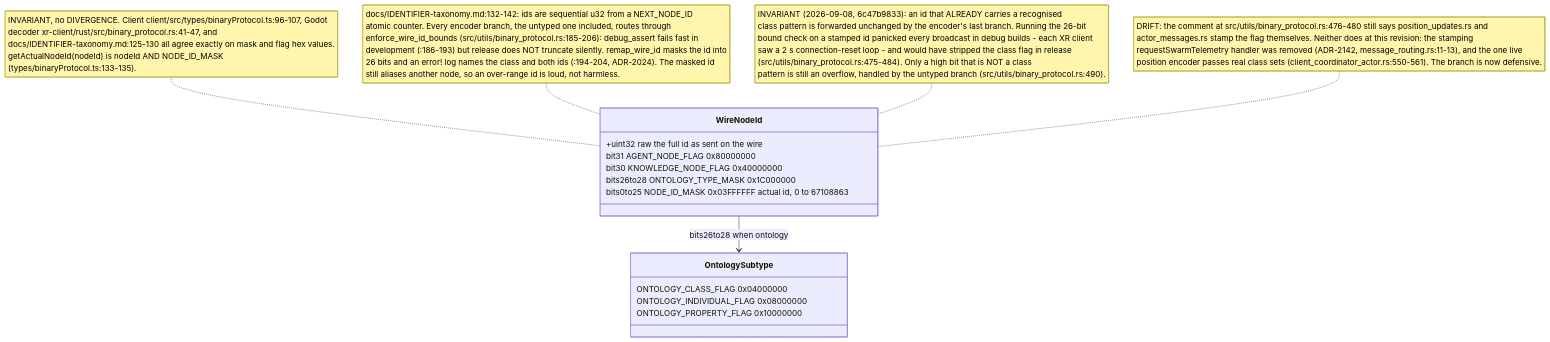
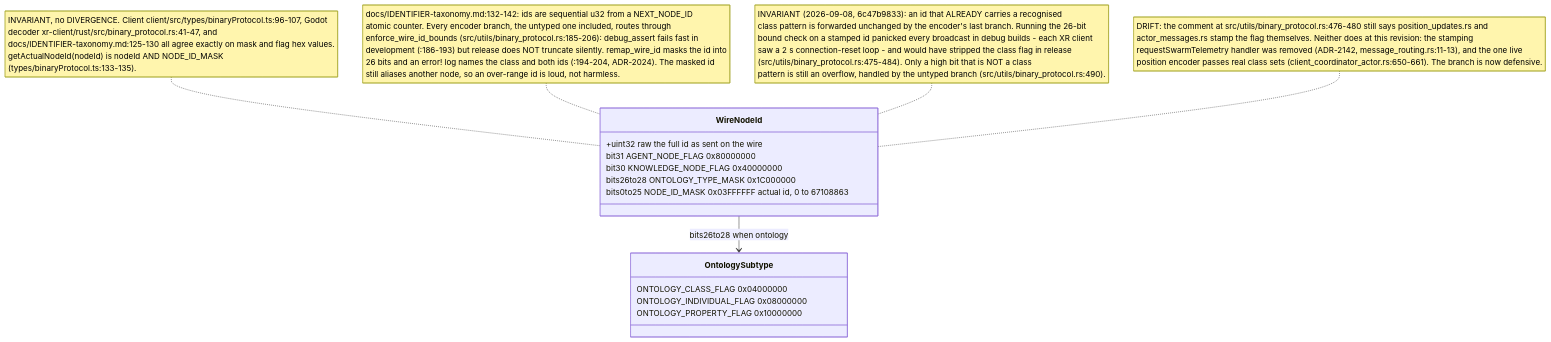
The sixth of 15 diagrams in docs/diagrams/visionclaw/32-client-websocket-and-binary.md (DreamLab-AI/VisionFlow), drawn with Mermaid before and after one commit. The commit also changed other lines of this file and 46 other files, not shown here.

Commit message:
docs(diagrams): re-verify VisionClaw topics at 809a859aa/a950f4d80 after the consolidation pass

````diff
--- a/docs/diagrams/visionclaw/32-client-websocket-and-binary.md
+++ b/docs/diagrams/visionclaw/32-client-websocket-and-binary.md
@@ -312,20 +312,20 @@
 ```mermaid
 classDiagram
     class WireNodeId {
       +uint32 raw  the full id as sent on the wire
       bit31 AGENT_NODE_FLAG 0x80000000
       bit30 KNOWLEDGE_NODE_FLAG 0x40000000
       bits26to28 ONTOLOGY_TYPE_MASK 0x1C000000
       bits0to25 NODE_ID_MASK 0x03FFFFFF  actual id, 0 to 67108863
     }
     class OntologySubtype {
       ONTOLOGY_CLASS_FLAG 0x04000000
       ONTOLOGY_INDIVIDUAL_FLAG 0x08000000
       ONTOLOGY_PROPERTY_FLAG 0x10000000
     }
     WireNodeId --> OntologySubtype : bits26to28 when ontology
     note for WireNodeId "INVARIANT, no DIVERGENCE. Client client/src/types/binaryProtocol.ts:96-107, Godot<br/>decoder xr-client/rust/src/binary_protocol.rs:41-47, and<br/>docs/IDENTIFIER-taxonomy.md:125-130 all agree exactly on mask and flag hex values.<br/>getActualNodeId(nodeId) is nodeId AND NODE_ID_MASK<br/>(types/binaryProtocol.ts:133-135)."
     note for WireNodeId "docs/IDENTIFIER-taxonomy.md:132-142: ids are sequential u32 from a NEXT_NODE_ID<br/>atomic counter. Every encoder branch, the untyped one included, routes through<br/>enforce_wire_id_bounds (src/utils/binary_protocol.rs:185-206): debug_assert fails fast in<br/>development (:186-193) but release does NOT truncate silently. remap_wire_id masks the id into<br/>26 bits and an error! log names the class and both ids (:194-204, ADR-2024). The masked id<br/>still aliases another node, so an over-range id is loud, not harmless."
     note for WireNodeId "INVARIANT (2026-09-08, 6c47b9833): an id that ALREADY carries a recognised<br/>class pattern is forwarded unchanged by the encoder's last branch. Running the 26-bit<br/>bound check on a stamped id panicked every broadcast in debug builds - each XR client<br/>saw a 2 s connection-reset loop - and would have stripped the class flag in release<br/>(src/utils/binary_protocol.rs:475-484). Only a high bit that is NOT a class<br/>pattern is still an overflow, handled by the untyped branch (src/utils/binary_protocol.rs:490)."
-    note for WireNodeId "DRIFT: the comment at src/utils/binary_protocol.rs:476-480 still says position_updates.rs and<br/>actor_messages.rs stamp the flag themselves. Neither does at this revision: the stamping<br/>requestSwarmTelemetry handler was removed (ADR-2142, message_routing.rs:11-13), and the one live<br/>position encoder passes real class sets (client_coordinator_actor.rs:550-561). The branch is now defensive."
+    note for WireNodeId "DRIFT: the comment at src/utils/binary_protocol.rs:476-480 still says position_updates.rs and<br/>actor_messages.rs stamp the flag themselves. Neither does at this revision: the stamping<br/>requestSwarmTelemetry handler was removed (ADR-2142, message_routing.rs:11-13), and the one live<br/>position encoder passes real class sets (client_coordinator_actor.rs:650-661). The branch is now defensive."
 ```
````
